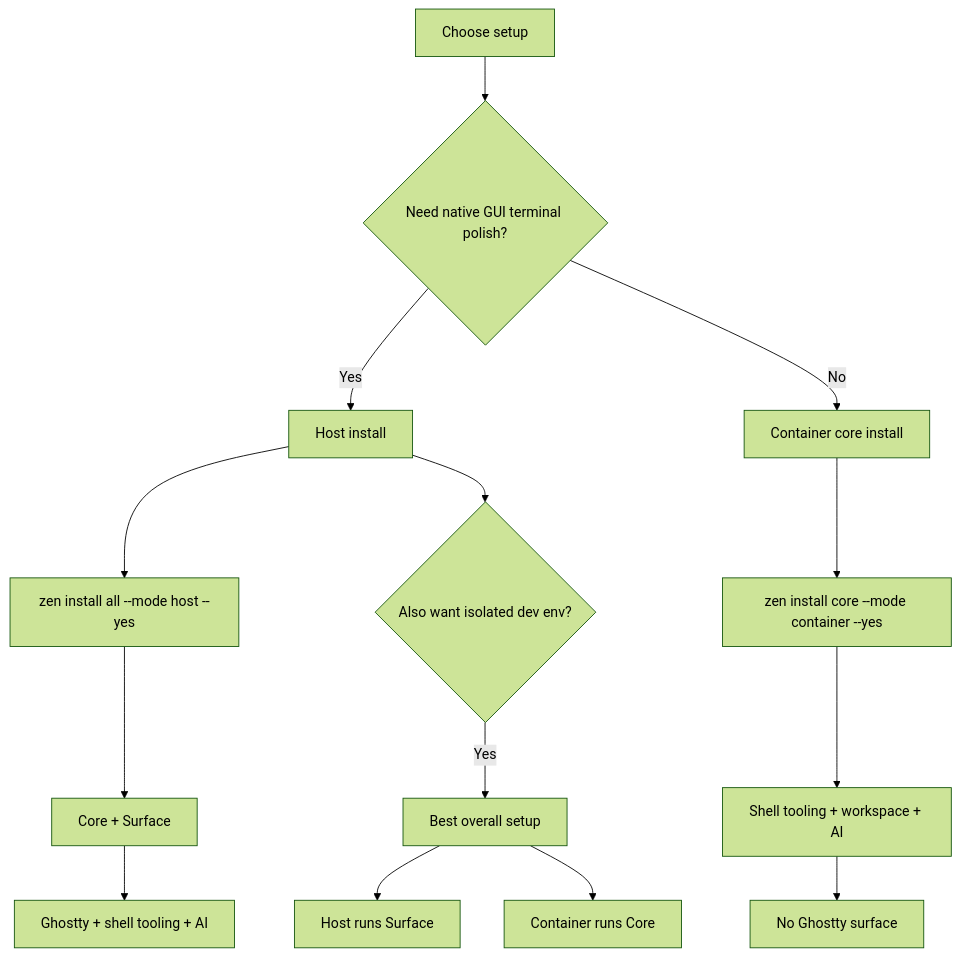
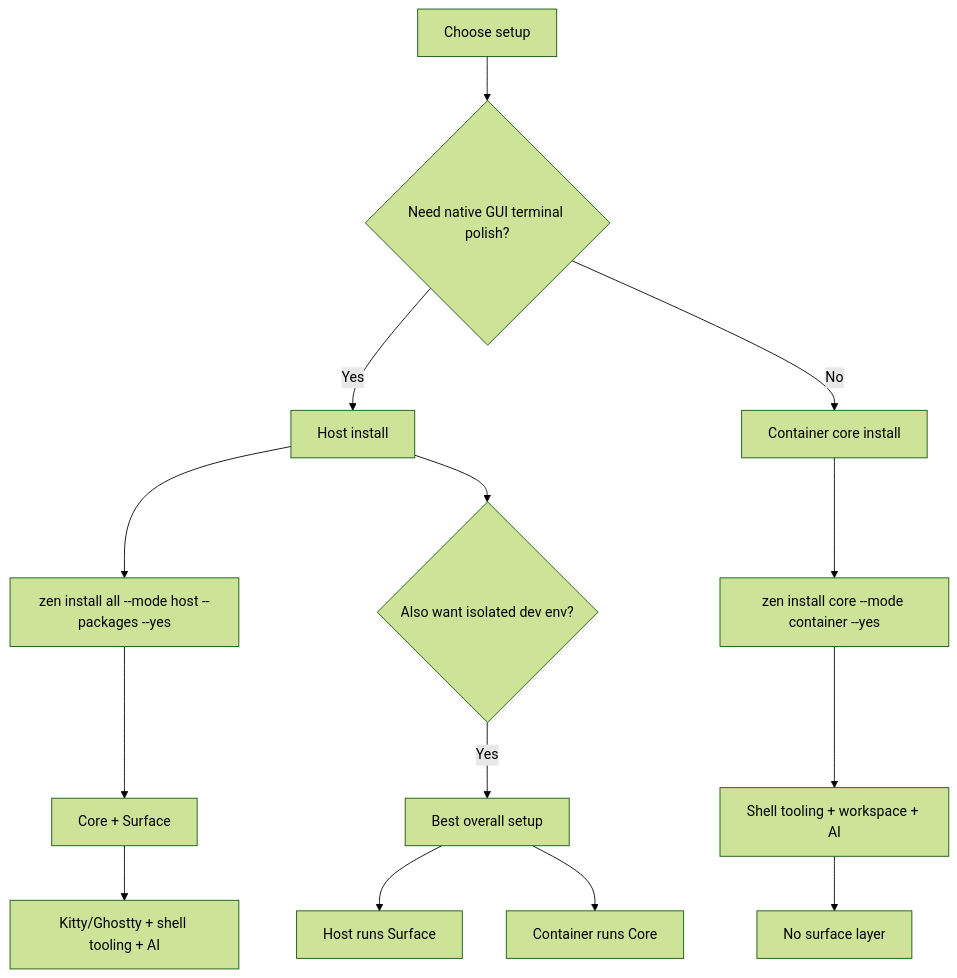
Before and after one commit to sudo-scorpion/project-zenith: the fourth of 6 diagrams in docs/architecture.md, drawn with Mermaid (forest theme). The commit also changed other lines of this file and 41 other files, not shown here.

````diff
--- a/docs/architecture.md
+++ b/docs/architecture.md
@@ -104,19 +104,19 @@
 ```mermaid
 flowchart TD
     START[Choose setup] --> Q1{Need native GUI terminal polish?}
     Q1 -- Yes --> HOST[Host install]
     Q1 -- No --> COREONLY[Container core install]
 
-    HOST --> H1[zen install all --mode host --yes]
+    HOST --> H1[zen install all --mode host --packages --yes]
     H1 --> H2[Core + Surface]
-    H2 --> H3[Ghostty + shell tooling + AI]
+    H2 --> H3[Kitty/Ghostty + shell tooling + AI]
 
     COREONLY --> C1[zen install core --mode container --yes]
     C1 --> C2[Shell tooling + workspace + AI]
-    C2 --> C3[No Ghostty surface]
+    C2 --> C3[No surface layer]
 
     HOST --> HYBRID{Also want isolated dev env?}
     HYBRID -- Yes --> BEST[Best overall setup]
     BEST --> B1[Host runs Surface]
     BEST --> B2[Container runs Core]
 ```
````
